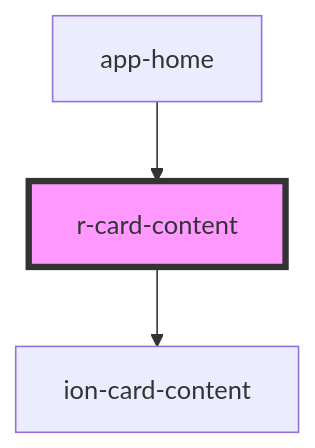
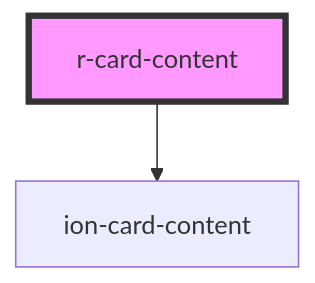
One commit to refactico/design-system changed the diagram in src/components/r-card-content/readme.md. Above: the diagram before and after it, drawn with Mermaid. The commit also changed other lines of this file and 27 other files, not shown here.

First line of the commit message:
chore: update component dependencies and documentation for app-home

````diff
--- a/src/components/r-card-content/readme.md
+++ b/src/components/r-card-content/readme.md
@@ -19,6 +15,5 @@
 ```mermaid
 graph TD;
   r-card-content --> ion-card-content
-  app-home --> r-card-content
   style r-card-content fill:#f9f,stroke:#333,stroke-width:4px
 ```
````
